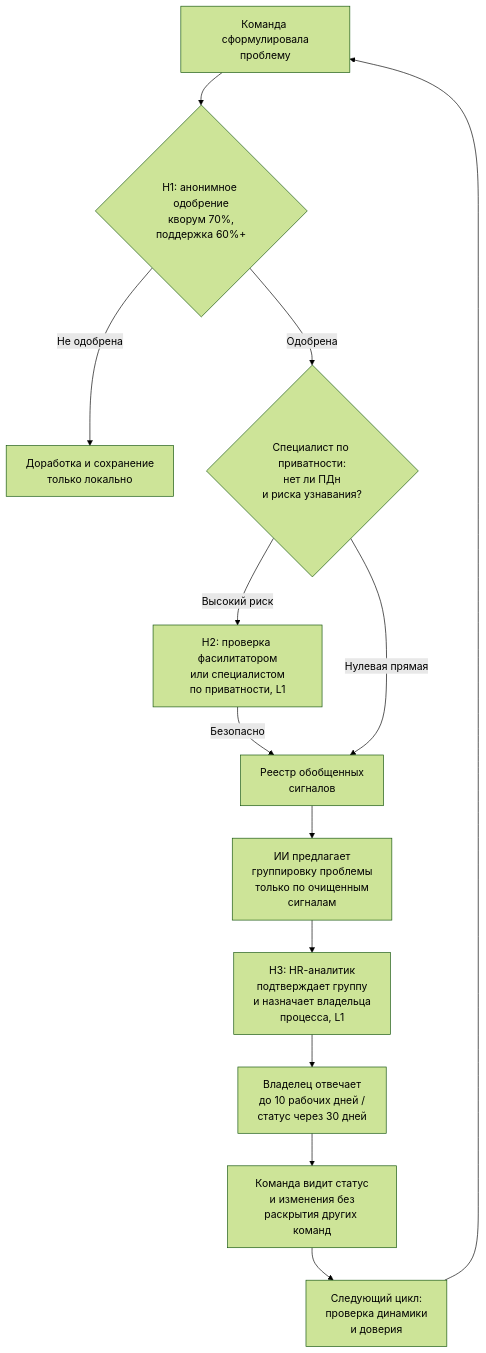
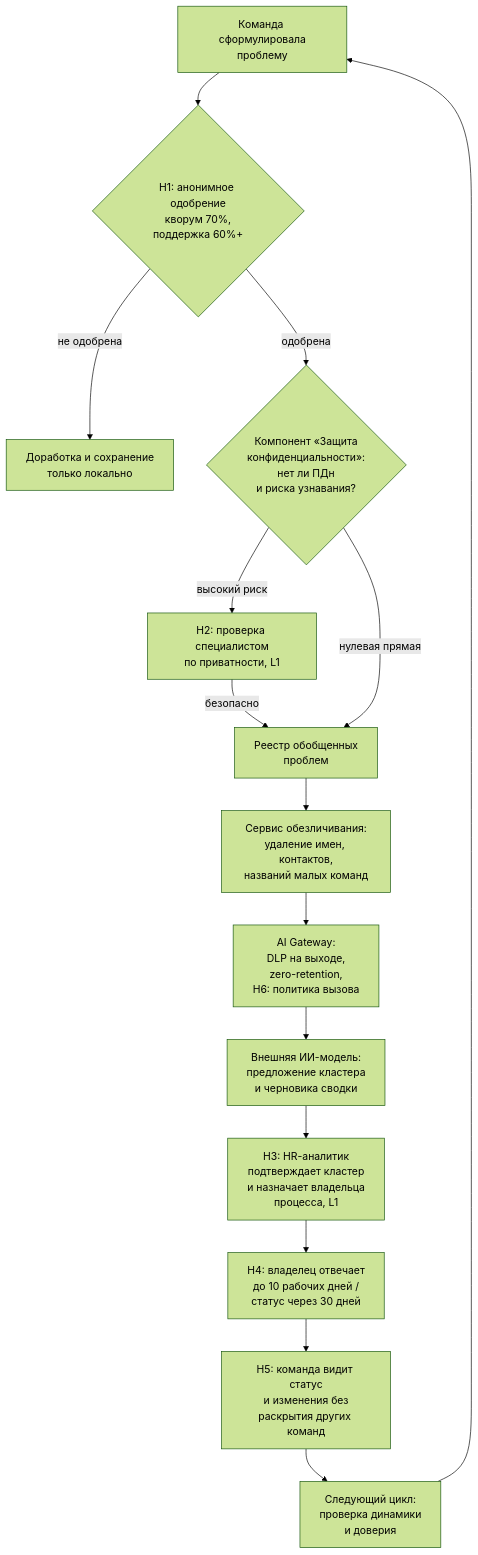
The second of 3 diagrams in docs/03_tobe_architecture.md (CarabasBarabas/team-other-03), drawn with Mermaid (forest theme) before and after one commit. The commit also changed other lines of this file, not shown here.

````diff
--- a/docs/03_tobe_architecture.md
+++ b/docs/03_tobe_architecture.md
@@ -41,15 +59,17 @@
 ```mermaid
 flowchart TD
     A["Команда сформулировала<br/>проблему"] --> B{"H1: анонимное одобрение<br/>кворум 70%,<br/>поддержка 60%+"}
-    B -->|"Не одобрена"| B1["Доработка и сохранение<br/>только локально"]
-    B -->|"Одобрена"| C{"Специалист по приватности:<br/>нет ли ПДн<br/>и риска узнавания?"}
-    C -->|"Высокий риск"| D["H2: проверка фасилитатором<br/>или специалистом<br/>по приватности, L1"]
-    D -->|"Безопасно"| E["Реестр обобщенных<br/>сигналов"]
-    C -->|"Нулевая прямая"| E
-    E --> F["ИИ предлагает<br/>группировку проблемы<br/>только по очищенным<br/>сигналам"]
-    F --> G["H3: HR-аналитик<br/>подтверждает группу<br/>и назначает владельца<br/>процесса, L1"]
-    G --> H["Владелец отвечает<br/>до 10 рабочих дней /<br/>статус через 30 дней"]
-    H --> I["Команда видит статус<br/>и изменения без<br/>раскрытия других команд"]
-    I --> J["Следующий цикл:<br/>проверка динамики<br/>и доверия"]
-    J --> A
+    B -->|"не одобрена"| B1["Доработка и сохранение<br/>только локально"]
+    B -->|"одобрена"| C{"Компонент «Защита<br/>конфиденциальности»:<br/>нет ли ПДн<br/>и риска узнавания?"}
+    C -->|"высокий риск"| D["H2: проверка специалистом<br/>по приватности, L1"]
+    D -->|"безопасно"| E["Реестр обобщенных<br/>проблем"]
+    C -->|"нулевая прямая"| E
+    E --> F["Сервис обезличивания:<br/>удаление имен, контактов,<br/>названий малых команд"]
+    F --> G["AI Gateway:<br/>DLP на выходе,<br/>zero-retention,<br/>H6: политика вызова"]
+    G --> H["Внешняя ИИ-модель:<br/>предложение кластера<br/>и черновика сводки"]
+    H --> I["H3: HR-аналитик<br/>подтверждает кластер<br/>и назначает владельца<br/>процесса, L1"]
+    I --> J["H4: владелец отвечает<br/>до 10 рабочих дней /<br/>статус через 30 дней"]
+    J --> K["H5: команда видит статус<br/>и изменения без<br/>раскрытия других команд"]
+    K --> L["Следующий цикл:<br/>проверка динамики<br/>и доверия"]
+    L --> A
 ```
````
